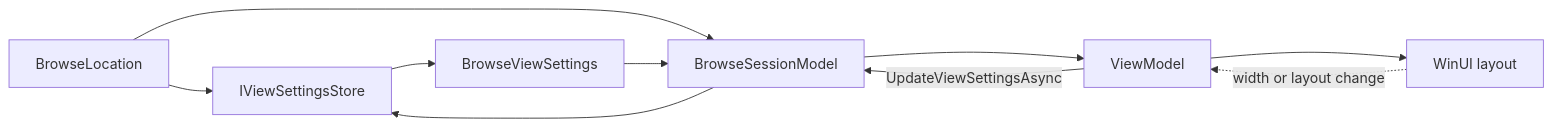
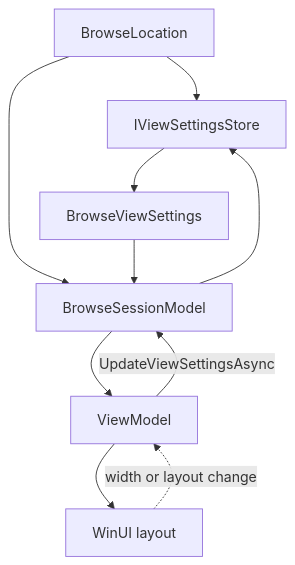
The first of 3 diagrams in docs/architecture/view-settings.md (0x5bfa/Files), drawn with Mermaid before and after one commit. The commit also changed other lines of this file and 20 other files, not shown here.

````diff
--- a/docs/architecture/view-settings.md
+++ b/docs/architecture/view-settings.md
@@ -7,19 +7,19 @@
 ```mermaid
-flowchart LR
+flowchart TD
     Location["BrowseLocation"]
     Store["IViewSettingsStore"]
     Session["BrowseSessionModel"]
     Settings["BrowseViewSettings"]
     VM["ViewModel"]
     View["WinUI layout"]
 
     Location --> Store
     Store --> Settings
     Location --> Session
     Settings --> Session
     Session --> VM
     VM --> View
     View -. width or layout change .-> VM
     VM -->|UpdateViewSettingsAsync| Session
     Session --> Store
 ```
````
